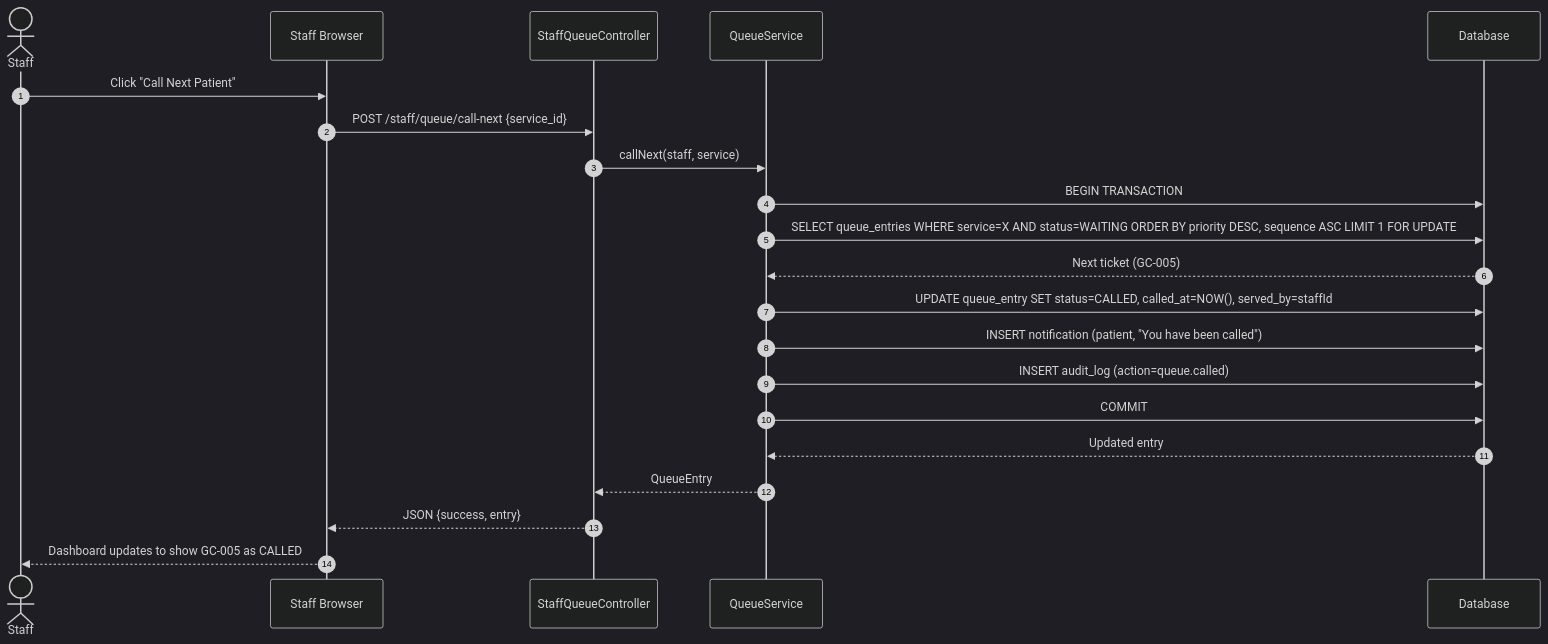
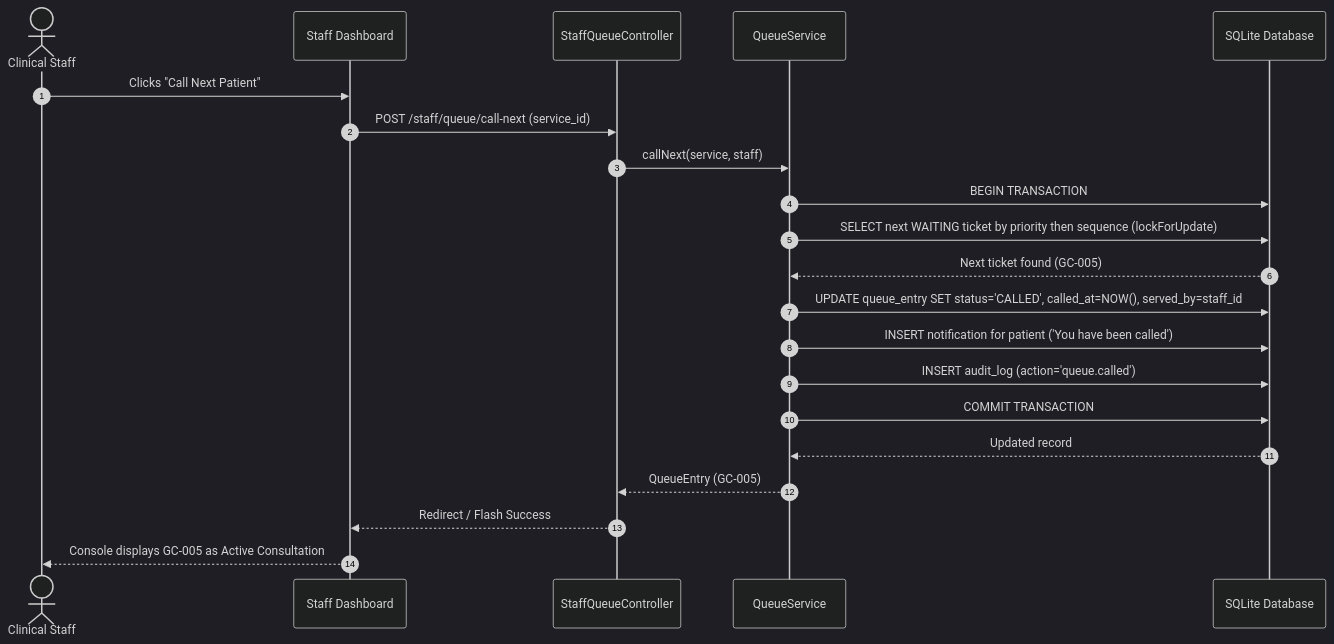
One commit to mhiskall282/MediQueue changed the sixth of 7 diagrams in docs/system-design.md. Above: the diagram before and after it, drawn with Mermaid (dark theme). The commit also changed other lines of this file and 1 other file, not shown here.

Commit message:
docs: clean and standardize Mermaid diagrams; add comprehensive SmokeTest across all roles

````diff
--- a/docs/system-design.md
+++ b/docs/system-design.md
@@ -263,24 +251,24 @@
 ```mermaid
 sequenceDiagram
     autonumber
-    actor Staff
-    participant Browser as Staff Browser
+    actor Staff as Clinical Staff
+    participant Browser as Staff Dashboard
     participant Controller as StaffQueueController
     participant Service as QueueService
-    participant DB as Database
+    participant DB as SQLite Database
 
-    Staff->>Browser: Click "Call Next Patient"
-    Browser->>Controller: POST /staff/queue/call-next {service_id}
-    Controller->>Service: callNext(staff, service)
+    Staff->>Browser: Clicks "Call Next Patient"
+    Browser->>Controller: POST /staff/queue/call-next (service_id)
+    Controller->>Service: callNext(service, staff)
     Service->>DB: BEGIN TRANSACTION
-    Service->>DB: SELECT queue_entries WHERE service=X AND status=WAITING ORDER BY priority DESC, sequence ASC LIMIT 1 FOR UPDATE
-    DB-->>Service: Next ticket (GC-005)
-    Service->>DB: UPDATE queue_entry SET status=CALLED, called_at=NOW(), served_by=staffId
-    Service->>DB: INSERT notification (patient, "You have been called")
-    Service->>DB: INSERT audit_log (action=queue.called)
-    Service->>DB: COMMIT
-    DB-->>Service: Updated entry
-    Service-->>Controller: QueueEntry
-    Controller-->>Browser: JSON {success, entry}
-    Browser-->>Staff: Dashboard updates to show GC-005 as CALLED
+    Service->>DB: SELECT next WAITING ticket by priority then sequence (lockForUpdate)
+    DB-->>Service: Next ticket found (GC-005)
+    Service->>DB: UPDATE queue_entry SET status='CALLED', called_at=NOW(), served_by=staff_id
+    Service->>DB: INSERT notification for patient ('You have been called')
+    Service->>DB: INSERT audit_log (action='queue.called')
+    Service->>DB: COMMIT TRANSACTION
+    DB-->>Service: Updated record
+    Service-->>Controller: QueueEntry (GC-005)
+    Controller-->>Browser: Redirect / Flash Success
+    Browser-->>Staff: Console displays GC-005 as Active Consultation
 ```
````
